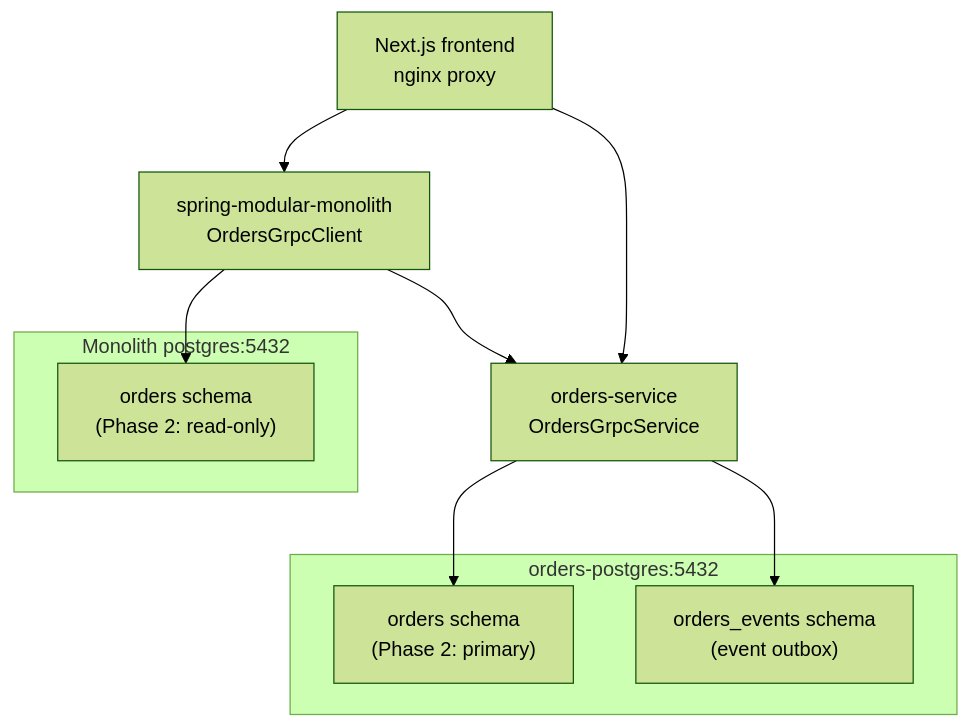
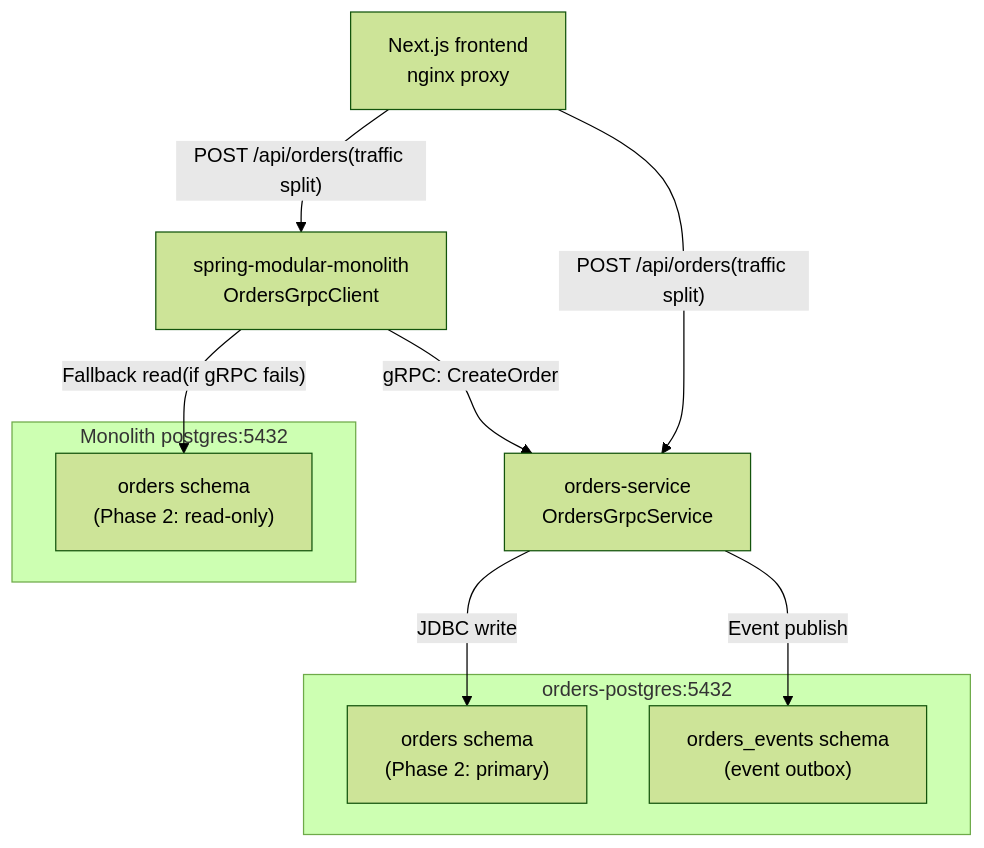
The sixth of 6 diagrams in docs/deepwiki/Database-Schema-Organization.md (philipz/spring-modular-monolith), drawn with Mermaid (forest theme) before and after one commit. The commit also changed other lines of this file and 55 other files, not shown here.

````diff
--- a/docs/deepwiki/Database-Schema-Organization.md
+++ b/docs/deepwiki/Database-Schema-Organization.md
@@ -344,26 +344,26 @@
 ```mermaid
 flowchart TD
 
 MonolithOrders["orders schema<br>(Phase 2: read-only)"]
 ServiceOrders["orders schema<br>(Phase 2: primary)"]
 ServiceEvents["orders_events schema<br>(event outbox)"]
 MonolithApp["spring-modular-monolith<br>OrdersGrpcClient"]
 OrdersApp["orders-service<br>OrdersGrpcService"]
 Client["Next.js frontend<br>nginx proxy"]
 
-Client --> MonolithApp
-Client --> OrdersApp
-MonolithApp --> OrdersApp
-OrdersApp --> ServiceOrders
-OrdersApp --> ServiceEvents
-MonolithApp --> MonolithOrders
+Client -->|"POST /api/orders(traffic split)"| MonolithApp
+Client -->|"POST /api/orders(traffic split)"| OrdersApp
+MonolithApp -->|"gRPC: CreateOrder"| OrdersApp
+OrdersApp -->|"JDBC write"| ServiceOrders
+OrdersApp -->|"Event publish"| ServiceEvents
+MonolithApp -->|"Fallback read(if gRPC fails)"| MonolithOrders
 
 subgraph orders-postgres:5432 ["orders-postgres:5432"]
     ServiceOrders
     ServiceEvents
 end
 
 subgraph subGraph0 ["Monolith postgres:5432"]
     MonolithOrders
 end
 ```
````
